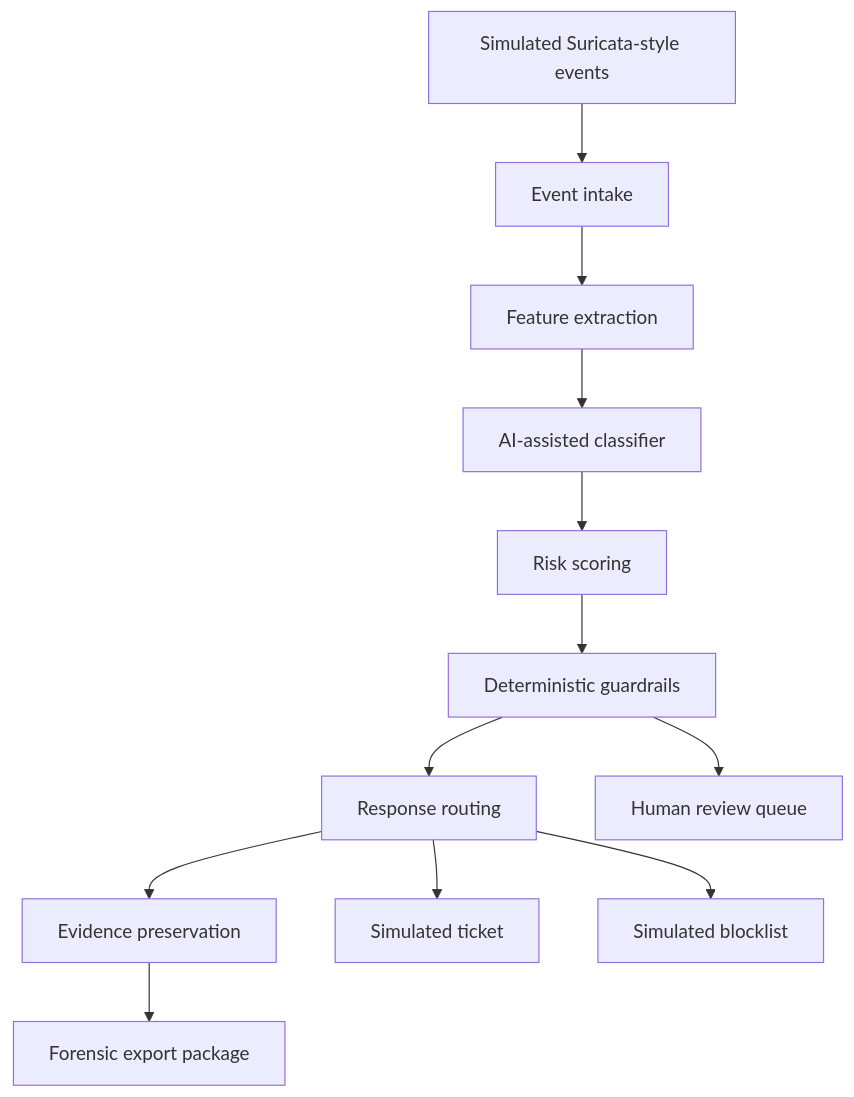
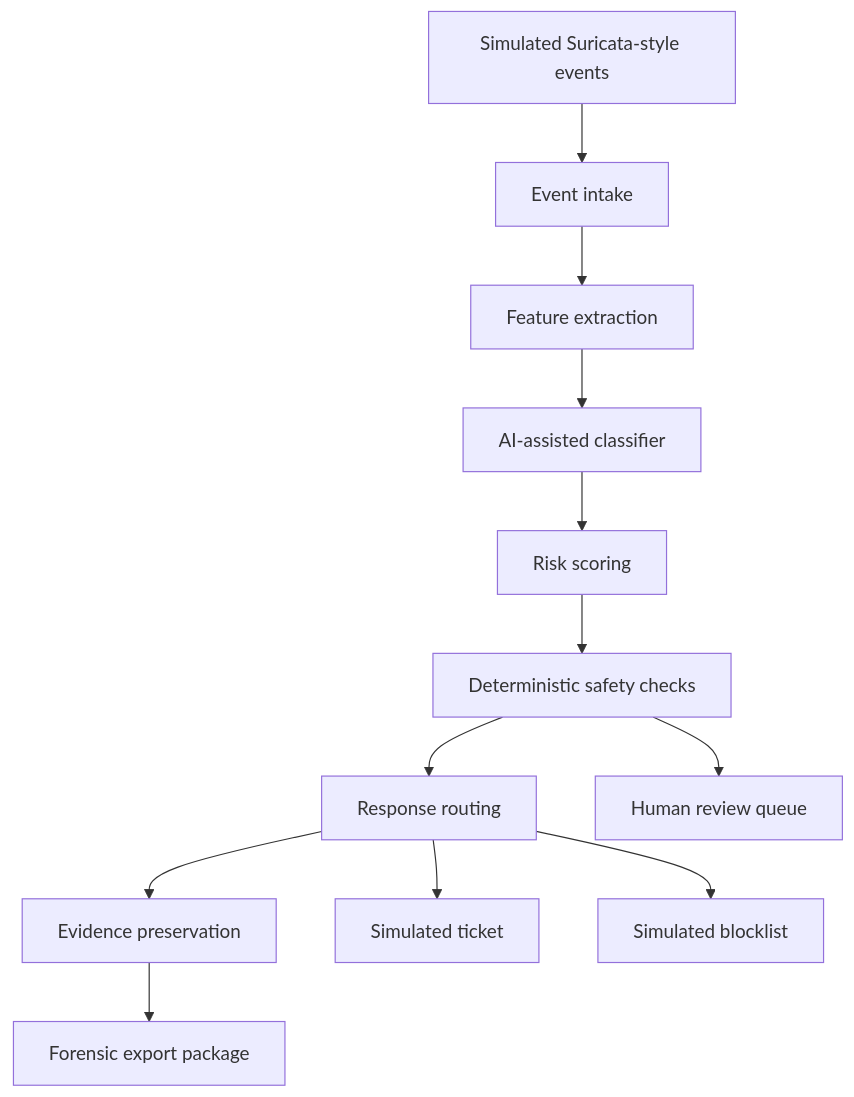
Before and after one commit to AustinKobayashi/AI-And-Cybersecurity-3: the diagram in docs/architecture.mmd, drawn with Mermaid. The commit also changed other lines of this file and 8 other files, not shown here.

Commit message:
Add deterministic safety review gate

```diff
--- a/docs/architecture.mmd
+++ b/docs/architecture.mmd
@@ -1,13 +1,13 @@
 flowchart TD
     A["Simulated Suricata-style events"] --> B["Event intake"]
     B --> C["Feature extraction"]
     C --> D["AI-assisted classifier"]
     D --> E["Risk scoring"]
-    E --> F["Deterministic guardrails"]
+    E --> F["Deterministic safety checks"]
     F --> G["Response routing"]
     G --> H["Evidence preservation"]
     H --> I["Forensic export package"]
 
     F --> J["Human review queue"]
     G --> K["Simulated ticket"]
     G --> L["Simulated blocklist"]
```
